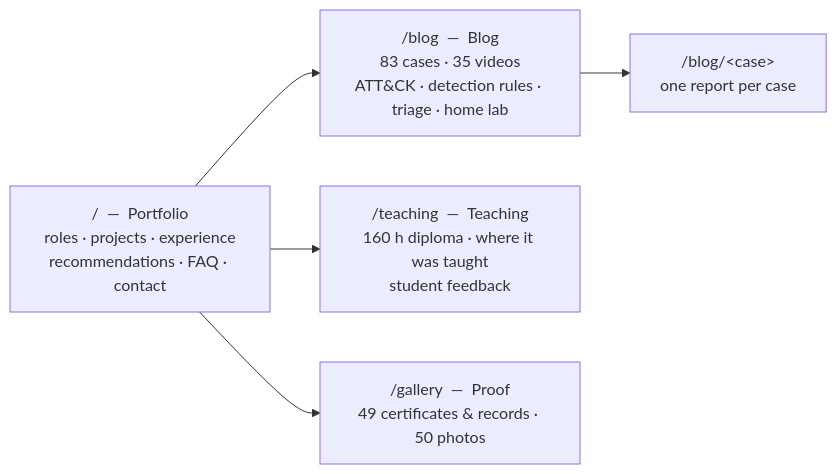
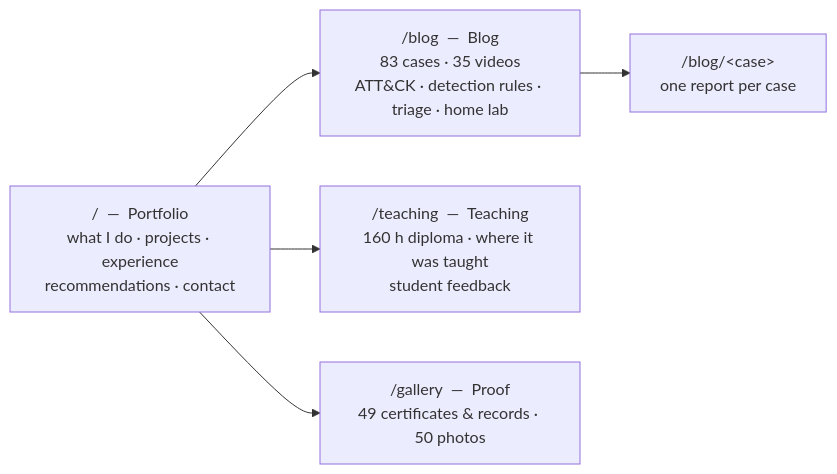
The first of 2 diagrams in README.md (Ahmed-Emad-Nasr/ahmed.dev), drawn with Mermaid before and after one commit. The commit also changed other lines of this file and 56 other files, not shown here.

````diff
--- a/README.md
+++ b/README.md
@@ -80,11 +80,11 @@
 ```mermaid
 flowchart LR
-  H["/  —  Portfolio<br/>roles · projects · experience<br/>recommendations · FAQ · contact"]
+  H["/  —  Portfolio<br/>what I do · projects · experience<br/>recommendations · contact"]
   B["/blog  —  Blog<br/>83 cases · 35 videos<br/>ATT&CK · detection rules · triage · home lab"]
   C["/blog/&lt;case&gt;<br/>one report per case"]
   T["/teaching  —  Teaching<br/>160 h diploma · where it was taught<br/>student feedback"]
   G["/gallery  —  Proof<br/>49 certificates & records · 50 photos"]
   H --> B --> C
   H --> T
   H --> G
 ```
````
